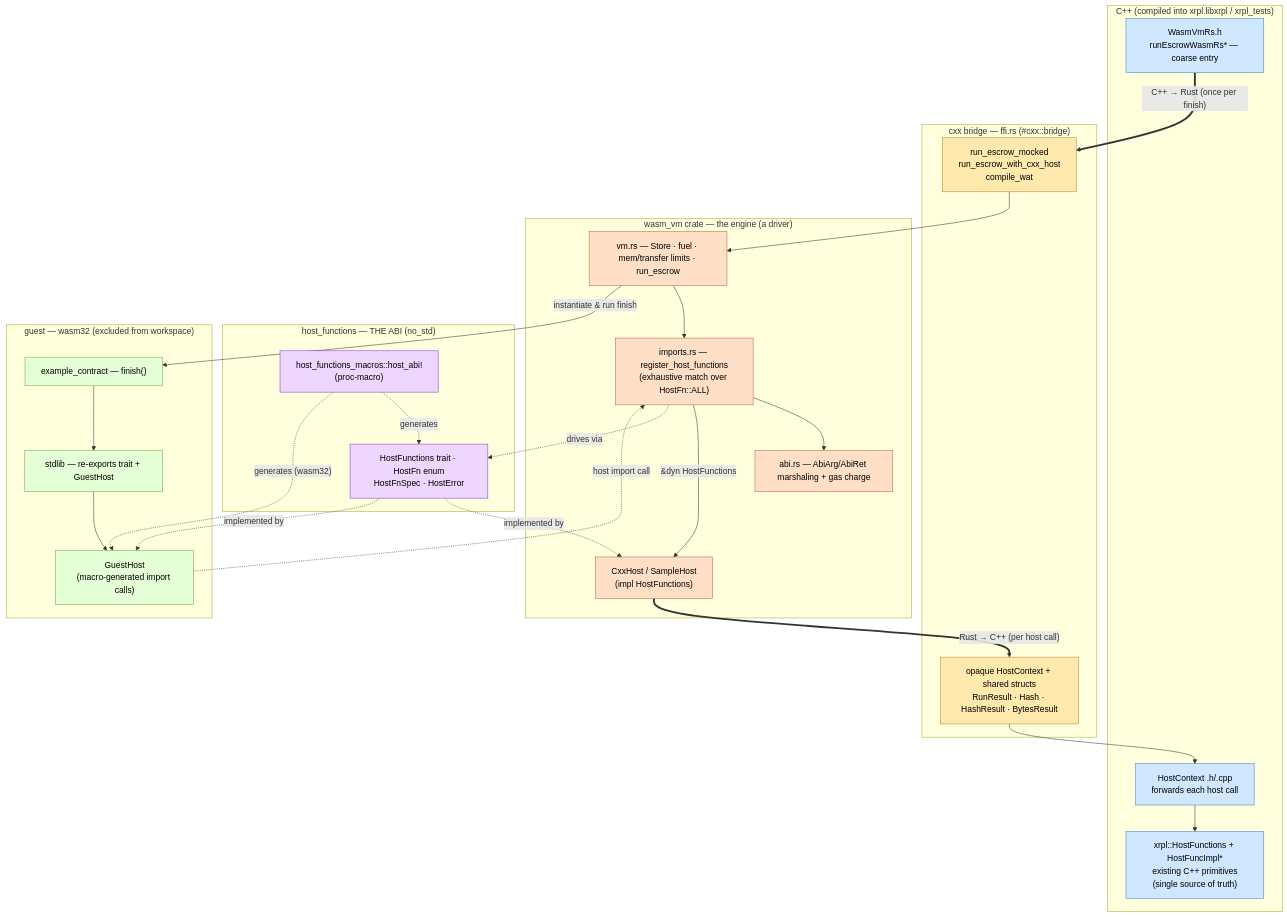
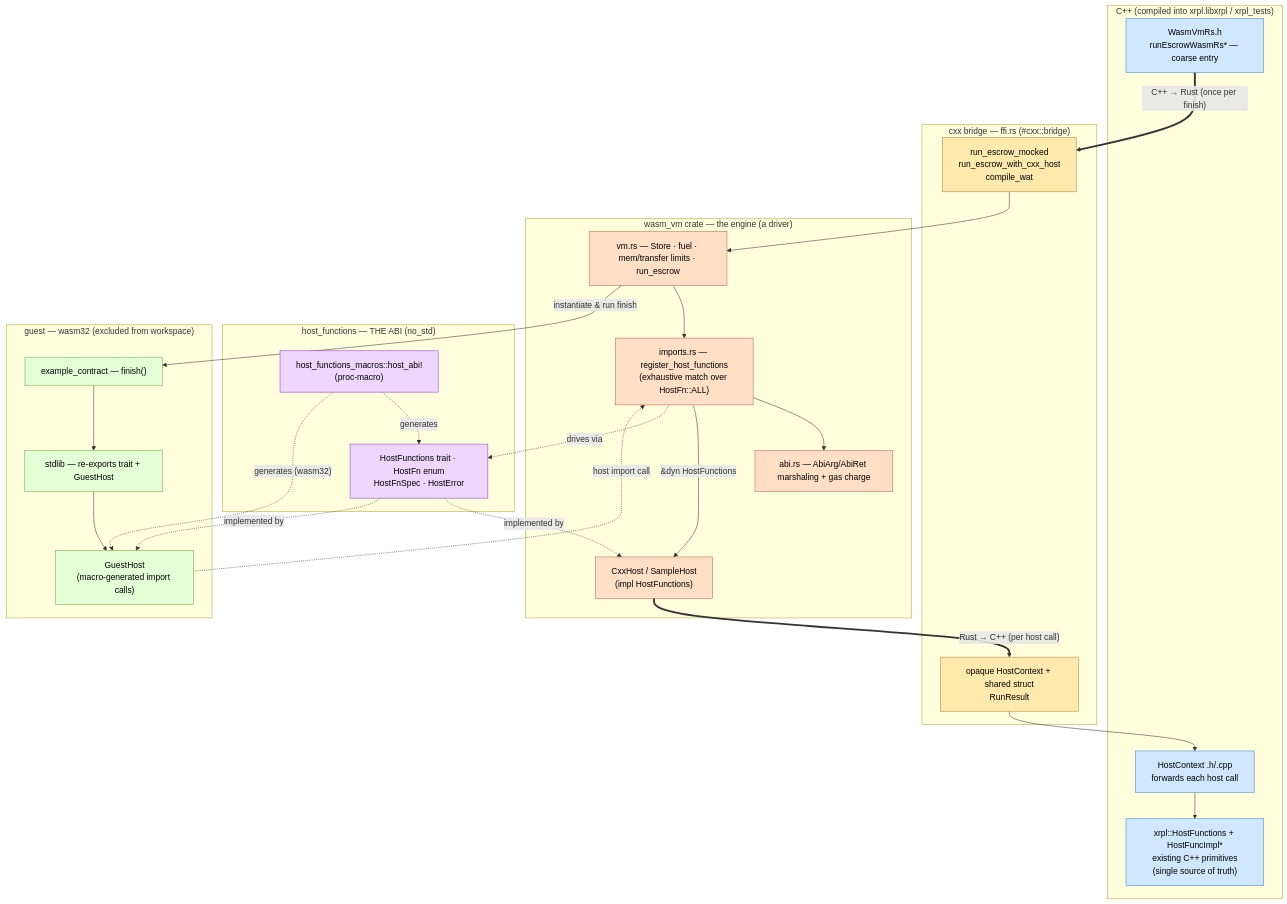
Before and after one commit to kuznetsss/rippled: the first of 2 diagrams in include/xrpl/tx/wasm-rs/README.md, drawn with Mermaid. The commit also changed other lines of this file and 10 other files, not shown here.

````diff
--- a/include/xrpl/tx/wasm-rs/README.md
+++ b/include/xrpl/tx/wasm-rs/README.md
@@ -65,54 +65,54 @@
 ```mermaid
 flowchart TD
     classDef cpp fill:#cfe8ff,stroke:#3b82c4,color:#000;
     classDef bridge fill:#ffe9ad,stroke:#b6812b,color:#000;
     classDef rust fill:#ffe0c7,stroke:#c4623b,color:#000;
     classDef abi fill:#efd6ff,stroke:#8b3bc4,color:#000;
     classDef guest fill:#e5ffd6,stroke:#6ea83b,color:#000;
 
     subgraph CPP["C++ (compiled into xrpl.libxrpl / xrpl_tests)"]
         run["WasmVmRs.h<br/>runEscrowWasmRs* — coarse entry"]:::cpp
         ctxh["HostContext .h/.cpp<br/>forwards each host call"]:::cpp
         hf["xrpl::HostFunctions + HostFuncImpl*<br/>existing C++ primitives<br/>(single source of truth)"]:::cpp
     end
 
     subgraph CXX["cxx bridge — ffi.rs (#cxx::bridge)"]
         b1["run_escrow_mocked<br/>run_escrow_with_cxx_host<br/>compile_wat"]:::bridge
-        b2["opaque HostContext + shared structs<br/>RunResult · Hash · HashResult · BytesResult"]:::bridge
+        b2["opaque HostContext + shared struct<br/>RunResult"]:::bridge
     end
 
     subgraph VM["wasm_vm crate — the engine (a driver)"]
         vm["vm.rs — Store · fuel · mem/transfer limits · run_escrow"]:::rust
         imp["imports.rs — register_host_functions<br/>(exhaustive match over HostFn::ALL)"]:::rust
         abi["abi.rs — AbiArg/AbiRet marshaling + gas charge"]:::rust
         cxxhost["CxxHost / SampleHost<br/>(impl HostFunctions)"]:::rust
     end
 
     subgraph ABICRATE["host_functions — THE ABI (no_std)"]
         trait["HostFunctions trait · HostFn enum<br/>HostFnSpec · HostError"]:::abi
         macro["host_functions_macros::host_abi!<br/>(proc-macro)"]:::abi
     end
 
     subgraph GUEST["guest — wasm32 (excluded from workspace)"]
         contract["example_contract — finish()"]:::guest
         std["stdlib — re-exports trait + GuestHost"]:::guest
         gh["GuestHost<br/>(macro-generated import calls)"]:::guest
     end
 
     run ==>|"C++ → Rust (once per finish)"| b1
     b1 --> vm
     vm --> imp --> abi
     imp -->|"&dyn HostFunctions"| cxxhost
     cxxhost ==>|"Rust → C++ (per host call)"| b2
     b2 --> ctxh --> hf
 
     macro -.->|generates| trait
     macro -.->|"generates (wasm32)"| gh
     trait -. implemented by .-> cxxhost
     trait -. implemented by .-> gh
     imp -. drives via .-> trait
 
     contract --> std --> gh
     vm -->|"instantiate & run finish"| contract
     gh -.->|"host import call"| imp
 ```
````
